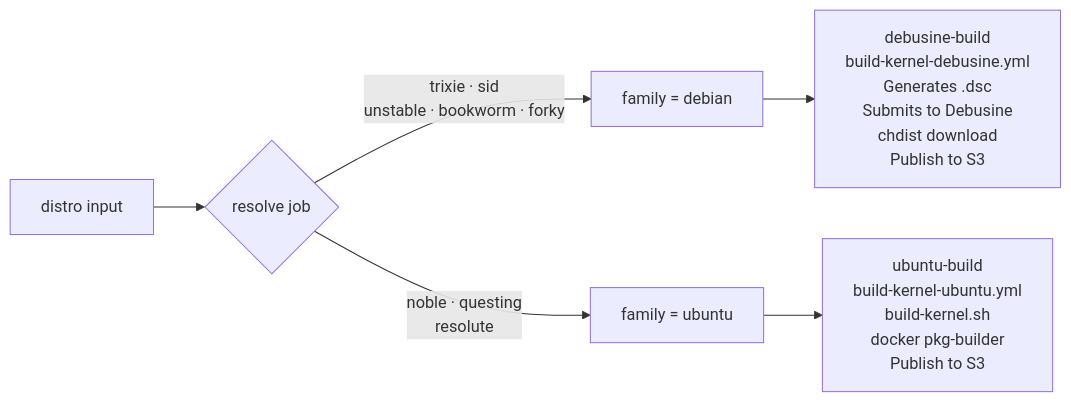
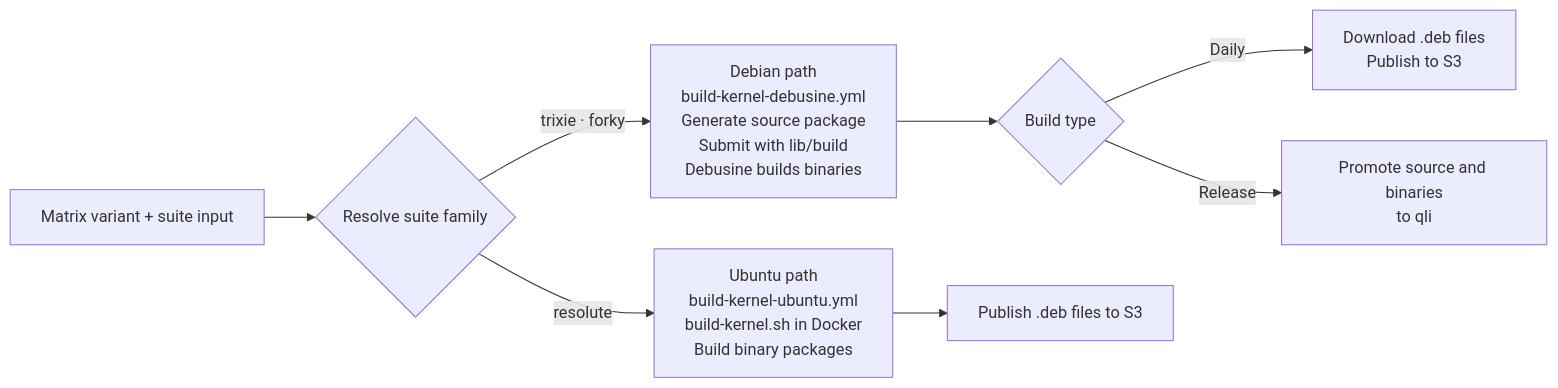
One commit to qualcomm-linux/pkg-linux-qcom changed the first of 6 diagrams in README.md. Above: the diagram before and after it, drawn with Mermaid. The commit also changed other lines of this file, not shown here.

First line of the commit message:
docs: describe matrix-driven production kernel delivery

````diff
--- a/README.md
+++ b/README.md
@@ -94,10 +172,12 @@
 ```mermaid
 flowchart LR
-    IN["distro input"] --> R{resolve job}
+    IN["Matrix variant + suite input"] --> R{"Resolve suite family"}
 
-    R -->|"trixie · sid\nunstable · bookworm · forky"| DEB["family = debian"]
-    R -->|"noble · questing\nresolute"| UBU["family = ubuntu"]
+    R -->|"trixie · forky"| DEB["Debian path\nbuild-kernel-debusine.yml\nGenerate source package\nSubmit with lib/build\nDebusine builds binaries"]
+    R -->|"resolute"| UBU["Ubuntu path\nbuild-kernel-ubuntu.yml\nbuild-kernel.sh in Docker\nBuild binary packages"]
 
-    DEB --> DB["debusine-build\nbuild-kernel-debusine.yml\nGenerates .dsc\nSubmits to Debusine\nchdist download\nPublish to S3"]
-    UBU --> UB["ubuntu-build\nbuild-kernel-ubuntu.yml\nbuild-kernel.sh\ndocker pkg-builder\nPublish to S3"]
+    DEB --> DOUT{"Build type"}
+    DOUT -->|Daily| S3["Download .deb files\nPublish to S3"]
+    DOUT -->|Release| QLI["Promote source and binaries\nto qli"]
+    UBU --> US3["Publish .deb files to S3"]
 ```
````
